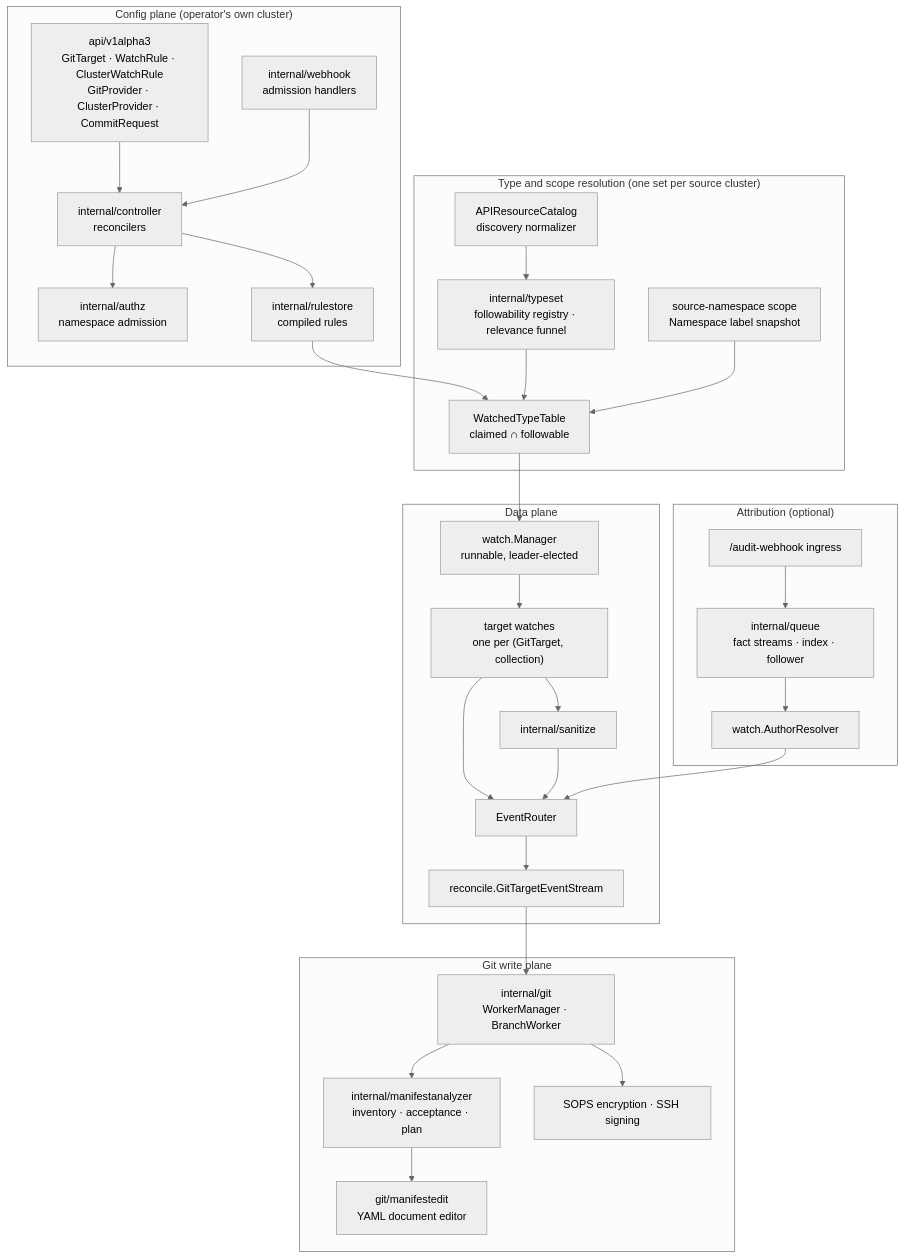
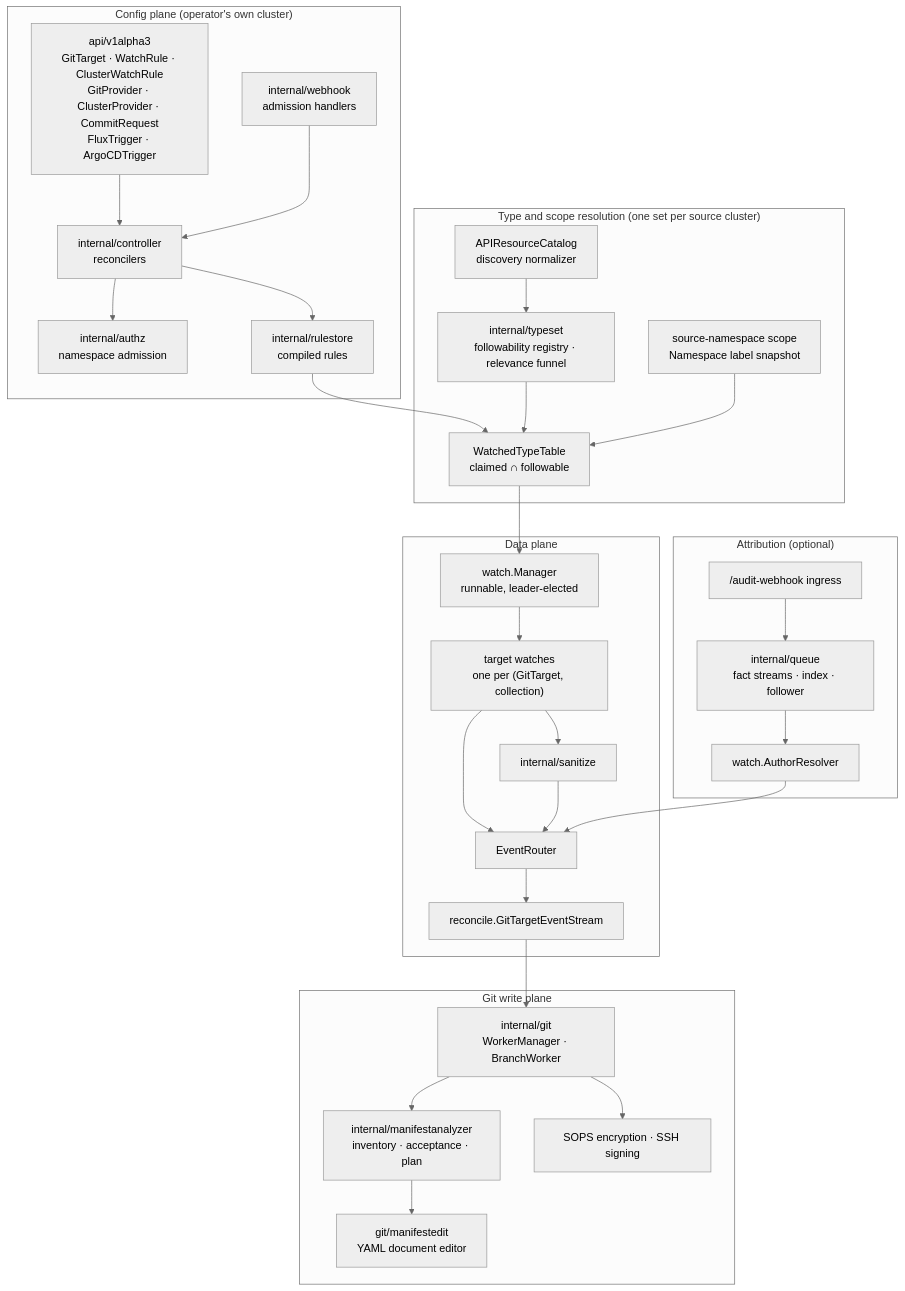
The first of 3 diagrams in docs/components.md (ConfigButler/gitops-reverser), drawn with Mermaid (neutral theme) before and after one commit. The commit also changed other lines of this file and 235 other files, not shown here.

````diff
--- a/docs/components.md
+++ b/docs/components.md
@@ -23,49 +23,49 @@
 ```mermaid
 flowchart TB
     subgraph CFG["Config plane (operator's own cluster)"]
-        CRD["api/v1alpha3<br/>GitTarget · WatchRule · ClusterWatchRule<br/>GitProvider · ClusterProvider · CommitRequest"]
+        CRD["api/v1alpha3<br/>GitTarget · WatchRule · ClusterWatchRule<br/>GitProvider · ClusterProvider · CommitRequest<br/>FluxTrigger · ArgoCDTrigger"]
         CTRL["internal/controller<br/>reconcilers"]
         ADM["internal/webhook<br/>admission handlers"]
         AUTHZ["internal/authz<br/>namespace admission"]
         RS["internal/rulestore<br/>compiled rules"]
     end
 
     subgraph RES["Type and scope resolution (one set per source cluster)"]
         CAT["APIResourceCatalog<br/>discovery normalizer"]
         REG["internal/typeset<br/>followability registry · relevance funnel"]
         TBL["WatchedTypeTable<br/>claimed ∩ followable"]
         NSS["source-namespace scope<br/>Namespace label snapshot"]
     end
 
     subgraph DP["Data plane"]
         WM["watch.Manager<br/>runnable, leader-elected"]
         TW["target watches<br/>one per (GitTarget, collection)"]
         ER["EventRouter"]
         GTES["reconcile.GitTargetEventStream"]
         SAN["internal/sanitize"]
     end
 
     subgraph GITW["Git write plane"]
         BW["internal/git<br/>WorkerManager · BranchWorker"]
         MA["internal/manifestanalyzer<br/>inventory · acceptance · plan"]
         ME["git/manifestedit<br/>YAML document editor"]
         ENC["SOPS encryption · SSH signing"]
     end
 
     subgraph ATT["Attribution (optional)"]
         AUD["/audit-webhook ingress"]
         FS["internal/queue<br/>fact streams · index · follower"]
         AR["watch.AuthorResolver"]
     end
 
     CRD --> CTRL --> RS --> TBL
     CTRL --> AUTHZ
     ADM --> CTRL
     CAT --> REG --> TBL
     NSS --> TBL
     TBL --> WM --> TW --> ER --> GTES --> BW
     TW --> SAN --> ER
     BW --> MA --> ME
     BW --> ENC
     AUD --> FS --> AR --> ER
 ```
````
